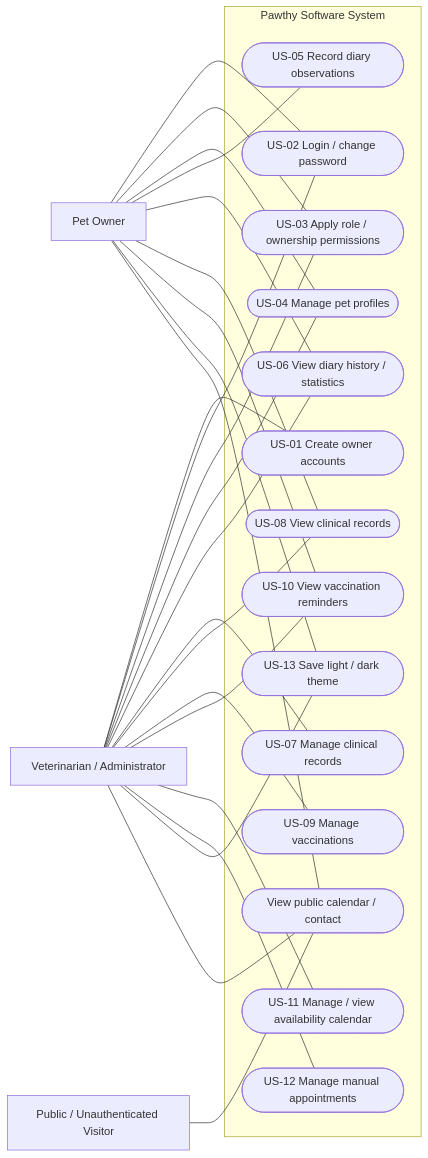
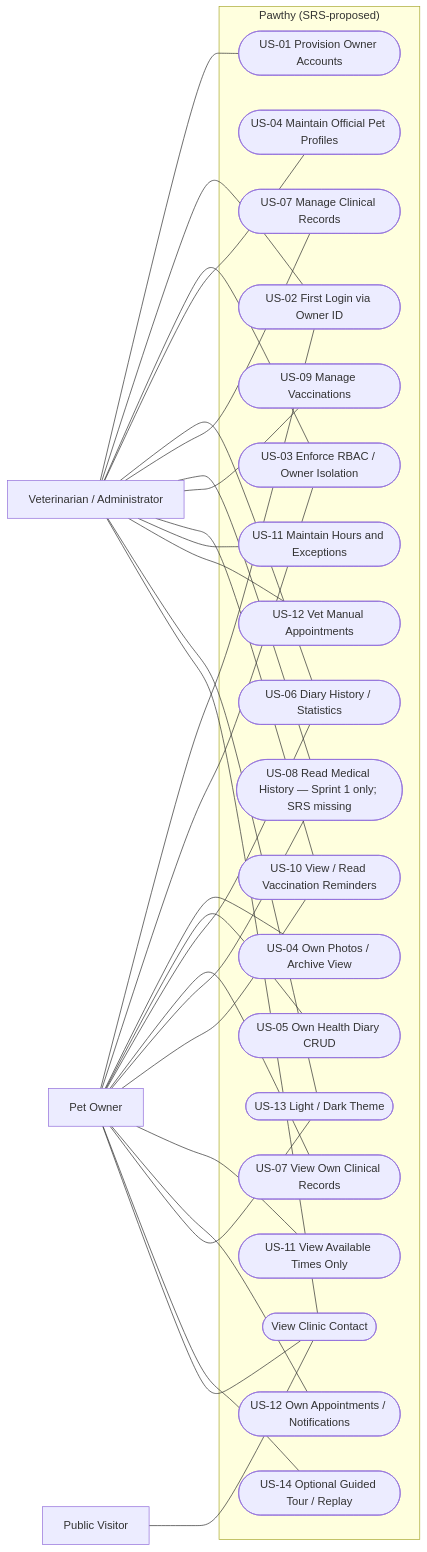
Before and after one commit to Efesen10/Pawthy: the first of 11 diagrams in docs/uml-diagrams/uml-diagrams.md, drawn with Mermaid. The commit also changed other lines of this file, not shown here.

Commit message:
docs(uml): reconcile SRS owner, calendar, reminders and guided tour diagrams

````diff
--- a/docs/uml-diagrams/uml-diagrams.md
+++ b/docs/uml-diagrams/uml-diagrams.md
@@ -27,45 +26,54 @@
 ```mermaid
 flowchart LR
-    O["Pet Owner"]
-    V["Veterinarian / Administrator"]
-    G["Public / Unauthenticated Visitor"]
-    subgraph S["Pawthy Software System"]
-        U1(["US-01 Create owner accounts"])
-        U2(["US-02 Login / change password"])
-        U3(["US-03 Apply role / ownership permissions"])
-        U4(["US-04 Manage pet profiles"])
-        U5(["US-05 Record diary observations"])
-        U6(["US-06 View diary history / statistics"])
-        U7(["US-07 Manage clinical records"])
-        U8(["US-08 View clinical records"])
-        U9(["US-09 Manage vaccinations"])
-        U10(["US-10 View vaccination reminders"])
-        U11(["US-11 Manage / view availability calendar"])
-        U12(["US-12 Manage manual appointments"])
-        U13(["US-13 Save light / dark theme"])
-        C(["View public calendar / contact"])
-    end
-    V --- U1
-    O --- U2
-    V --- U2
-    O --- U3
-    V --- U3
-    O --- U4
-    V --- U4
-    O --- U5
-    O --- U6
-    V --- U6
-    V --- U7
-    O --- U8
-    V --- U8
-    V --- U9
-    O --- U10
-    V --- U10
-    V --- U11
-    V --- U12
-    O --- U13
-    V --- U13
-    G --- C
-    O --- C
-    V --- C
+  O["Pet Owner"]
+  V["Veterinarian / Administrator"]
+  G["Public Visitor"]
+  subgraph P["Pawthy (SRS-proposed)"]
+    U01(["US-01 Provision Owner Accounts"])
+    U02(["US-02 First Login via Owner ID"])
+    U03(["US-03 Enforce RBAC / Owner Isolation"])
+    U04V(["US-04 Maintain Official Pet Profiles"])
+    U04O(["US-04 Own Photos / Archive View"])
+    U05(["US-05 Own Health Diary CRUD"])
+    U06(["US-06 Diary History / Statistics"])
+    U07V(["US-07 Manage Clinical Records"])
+    U07O(["US-07 View Own Clinical Records"])
+    U08(["US-08 Read Medical History — Sprint 1 only; SRS missing"])
+    U09(["US-09 Manage Vaccinations"])
+    U10(["US-10 View / Read Vaccination Reminders"])
+    U11V(["US-11 Maintain Hours and Exceptions"])
+    U11O(["US-11 View Available Times Only"])
+    U12V(["US-12 Vet Manual Appointments"])
+    U12O(["US-12 Own Appointments / Notifications"])
+    U13(["US-13 Light / Dark Theme"])
+    U14(["US-14 Optional Guided Tour / Replay"])
+    C(["View Clinic Contact"])
+  end
+  V --- U01
+  O --- U02
+  V --- U02
+  O --- U03
+  V --- U03
+  V --- U04V
+  O --- U04O
+  O --- U05
+  O --- U06
+  V --- U06
+  V --- U07V
+  O --- U07O
+  O --- U08
+  V --- U08
+  V --- U09
+  O --- U10
+  V --- U10
+  V --- U11V
+  O --- U11O
+  V --- U12V
+  O --- U12O
+  O --- U13
+  V --- U13
+  O --- U14
+  O --- C
+  V --- C
+  G --- C
 ```
````
